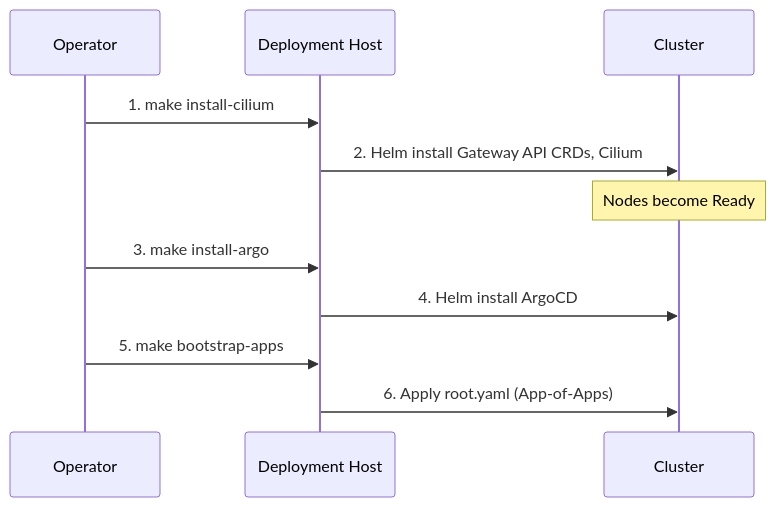
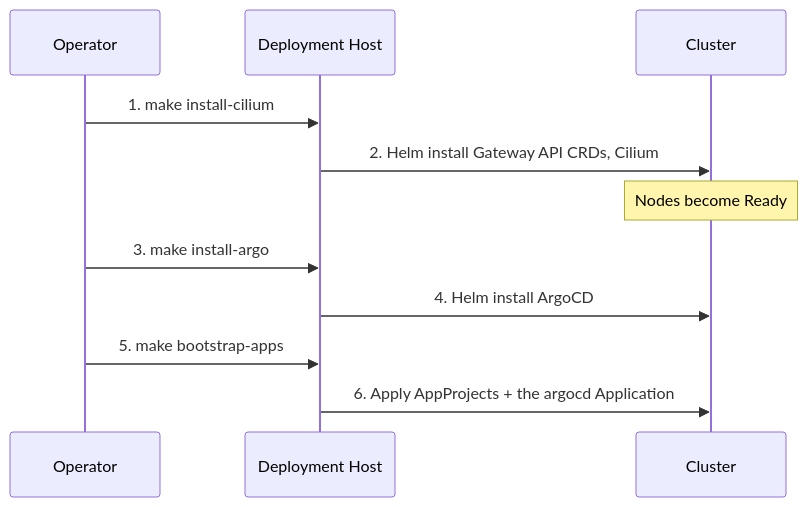
The third of 3 diagrams in docs/architecture/boot-process.md (JanWelker/homelab), drawn with Mermaid before and after one commit. The commit also changed 19 other files, not shown here.

````diff
--- a/docs/architecture/boot-process.md
+++ b/docs/architecture/boot-process.md
@@ -224,14 +224,14 @@
 ```mermaid
 sequenceDiagram
     participant Admin as Operator
     participant Deploy as Deployment Host
     participant Cluster
 
     Admin->>Deploy: 1. make install-cilium
     Deploy->>Cluster: 2. Helm install Gateway API CRDs, Cilium
     Note over Cluster: Nodes become Ready
     Admin->>Deploy: 3. make install-argo
     Deploy->>Cluster: 4. Helm install ArgoCD
     Admin->>Deploy: 5. make bootstrap-apps
-    Deploy->>Cluster: 6. Apply root.yaml (App-of-Apps)
+    Deploy->>Cluster: 6. Apply AppProjects + the argocd Application
 ```
````
